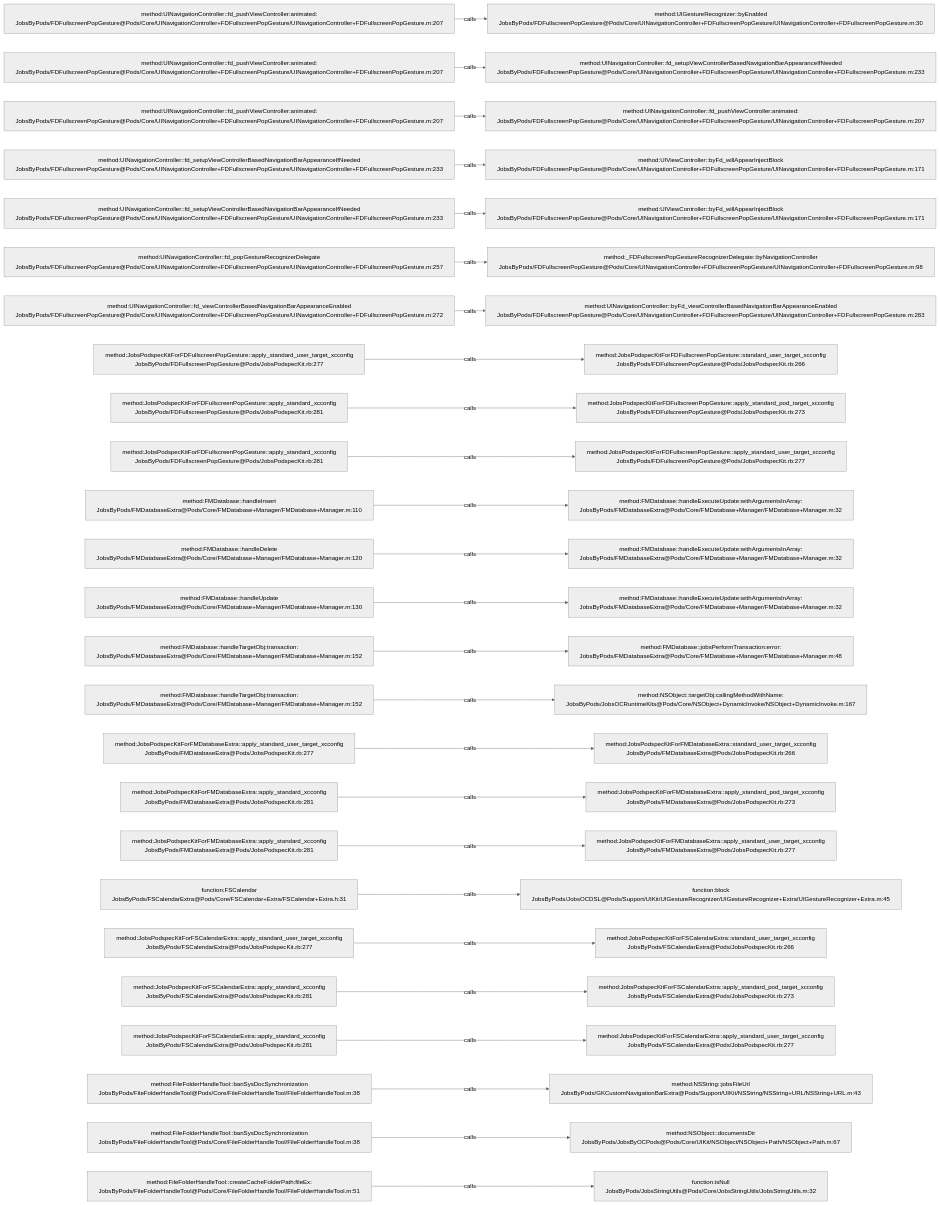
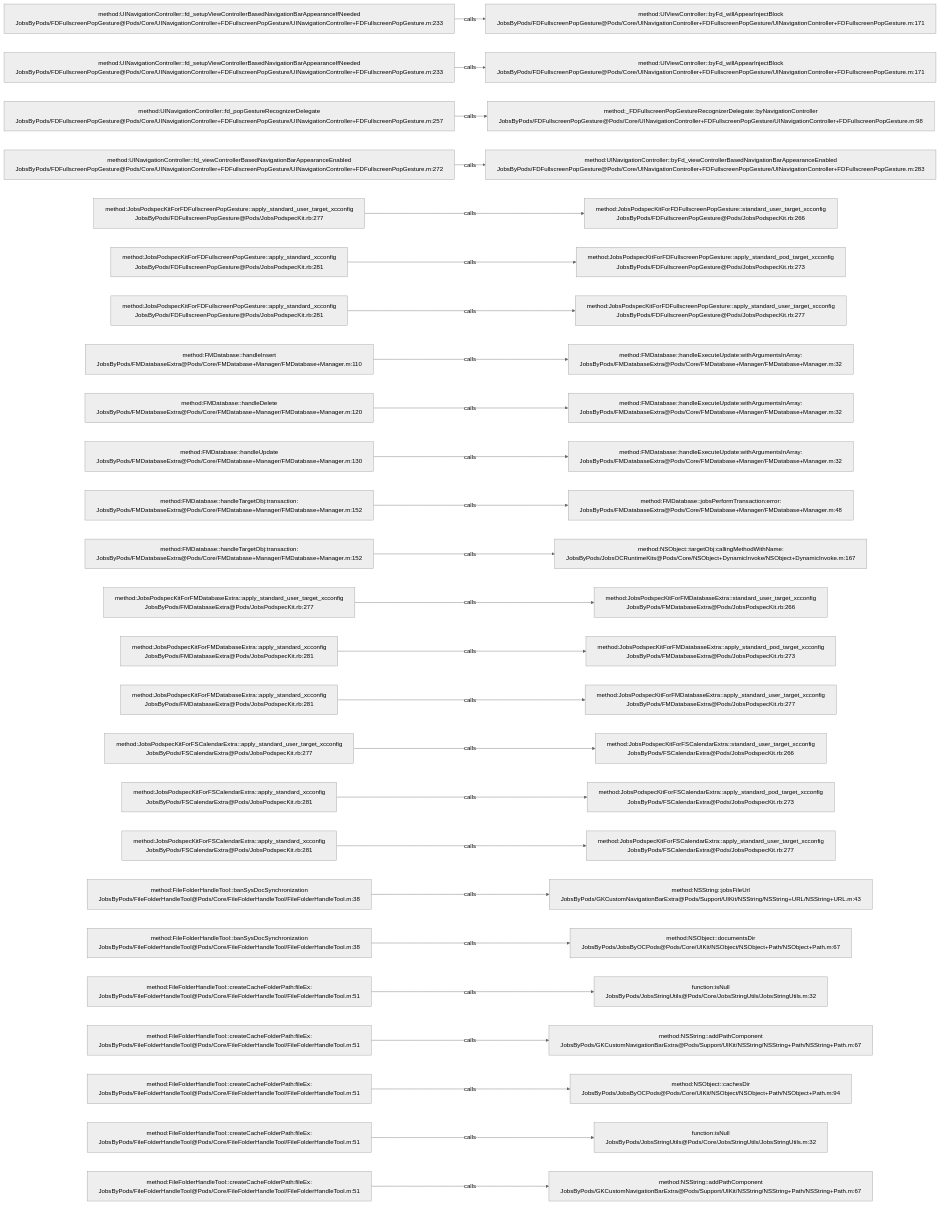
The diagram in .codegraph/codegraph.md/graphs/calls-004.md (JobsKits/JobsOCBaseConfigDemo), drawn with Mermaid (neutral theme) before and after one commit. The commit also changed 223 other files, not shown here.

````diff
--- a/.codegraph/codegraph.md/graphs/calls-004.md
+++ b/.codegraph/codegraph.md/graphs/calls-004.md
@@ -13,78 +13,78 @@
 ```mermaid
 flowchart LR
-  S1["method:UINavigationController::fd_pushViewController:animated:<br/>JobsByPods/FDFullscreenPopGesture@Pods/Core/UINavigationController+FDFullscreenPopGesture/UINavigationController+FDFullscreenPopGesture.m:207"]
-  T1["method:UIGestureRecognizer::byEnabled<br/>JobsByPods/FDFullscreenPopGesture@Pods/Core/UINavigationController+FDFullscreenPopGesture/UINavigationController+FDFullscreenPopGesture.m:30"]
+  S1["method:UINavigationController::fd_setupViewControllerBasedNavigationBarAppearanceIfNeeded<br/>JobsByPods/FDFullscreenPopGesture@Pods/Core/UINavigationController+FDFullscreenPopGesture/UINavigationController+FDFullscreenPopGesture.m:233"]
+  T1["method:UIViewController::byFd_willAppearInjectBlock<br/>JobsByPods/FDFullscreenPopGesture@Pods/Core/UINavigationController+FDFullscreenPopGesture/UINavigationController+FDFullscreenPopGesture.m:171"]
   S1 -->|calls| T1
-  S2["method:UINavigationController::fd_pushViewController:animated:<br/>JobsByPods/FDFullscreenPopGesture@Pods/Core/UINavigationController+FDFullscreenPopGesture/UINavigationController+FDFullscreenPopGesture.m:207"]
-  T2["method:UINavigationController::fd_setupViewControllerBasedNavigationBarAppearanceIfNeeded<br/>JobsByPods/FDFullscreenPopGesture@Pods/Core/UINavigationController+FDFullscreenPopGesture/UINavigationController+FDFullscreenPopGesture.m:233"]
+  S2["method:UINavigationController::fd_setupViewControllerBasedNavigationBarAppearanceIfNeeded<br/>JobsByPods/FDFullscreenPopGesture@Pods/Core/UINavigationController+FDFullscreenPopGesture/UINavigationController+FDFullscreenPopGesture.m:233"]
+  T2["method:UIViewController::byFd_willAppearInjectBlock<br/>JobsByPods/FDFullscreenPopGesture@Pods/Core/UINavigationController+FDFullscreenPopGesture/UINavigationController+FDFullscreenPopGesture.m:171"]
   S2 -->|calls| T2
-  S3["method:UINavigationController::fd_pushViewController:animated:<br/>JobsByPods/FDFullscreenPopGesture@Pods/Core/UINavigationController+FDFullscreenPopGesture/UINavigationController+FDFullscreenPopGesture.m:207"]
-  T3["method:UINavigationController::fd_pushViewController:animated:<br/>JobsByPods/FDFullscreenPopGesture@Pods/Core/UINavigationController+FDFullscreenPopGesture/UINavigationController+FDFullscreenPopGesture.m:207"]
+  S3["method:UINavigationController::fd_popGestureRecognizerDelegate<br/>JobsByPods/FDFullscreenPopGesture@Pods/Core/UINavigationController+FDFullscreenPopGesture/UINavigationController+FDFullscreenPopGesture.m:257"]
+  T3["method:_FDFullscreenPopGestureRecognizerDelegate::byNavigationController<br/>JobsByPods/FDFullscreenPopGesture@Pods/Core/UINavigationController+FDFullscreenPopGesture/UINavigationController+FDFullscreenPopGesture.m:98"]
   S3 -->|calls| T3
-  S4["method:UINavigationController::fd_setupViewControllerBasedNavigationBarAppearanceIfNeeded<br/>JobsByPods/FDFullscreenPopGesture@Pods/Core/UINavigationController+FDFullscreenPopGesture/UINavigationController+FDFullscreenPopGesture.m:233"]
-  T4["method:UIViewController::byFd_willAppearInjectBlock<br/>JobsByPods/FDFullscreenPopGesture@Pods/Core/UINavigationController+FDFullscreenPopGesture/UINavigationController+FDFullscreenPopGesture.m:171"]
+  S4["method:UINavigationController::fd_viewControllerBasedNavigationBarAppearanceEnabled<br/>JobsByPods/FDFullscreenPopGesture@Pods/Core/UINavigationController+FDFullscreenPopGesture/UINavigationController+FDFullscreenPopGesture.m:272"]
+  T4["method:UINavigationController::byFd_viewControllerBasedNavigationBarAppearanceEnabled<br/>JobsByPods/FDFullscreenPopGesture@Pods/Core/UINavigationController+FDFullscreenPopGesture/UINavigationController+FDFullscreenPopGesture.m:283"]
   S4 -->|calls| T4
-  S5["method:UINavigationController::fd_setupViewControllerBasedNavigationBarAppearanceIfNeeded<br/>JobsByPods/FDFullscreenPopGesture@Pods/Core/UINavigationController+FDFullscreenPopGesture/UINavigationController+FDFullscreenPopGesture.m:233"]
-  T5["method:UIViewController::byFd_willAppearInjectBlock<br/>JobsByPods/FDFullscreenPopGesture@Pods/Core/UINavigationController+FDFullscreenPopGesture/UINavigationController+FDFullscreenPopGesture.m:171"]
+  S5["method:JobsPodspecKitForFDFullscreenPopGesture::apply_standard_user_target_xcconfig<br/>JobsByPods/FDFullscreenPopGesture@Pods/JobsPodspecKit.rb:277"]
+  T5["method:JobsPodspecKitForFDFullscreenPopGesture::standard_user_target_xcconfig<br/>JobsByPods/FDFullscreenPopGesture@Pods/JobsPodspecKit.rb:266"]
   S5 -->|calls| T5
-  S6["method:UINavigationController::fd_popGestureRecognizerDelegate<br/>JobsByPods/FDFullscreenPopGesture@Pods/Core/UINavigationController+FDFullscreenPopGesture/UINavigationController+FDFullscreenPopGesture.m:257"]
-  T6["method:_FDFullscreenPopGestureRecognizerDelegate::byNavigationController<br/>JobsByPods/FDFullscreenPopGesture@Pods/Core/UINavigationController+FDFullscreenPopGesture/UINavigationController+FDFullscreenPopGesture.m:98"]
+  S6["method:JobsPodspecKitForFDFullscreenPopGesture::apply_standard_xcconfig<br/>JobsByPods/FDFullscreenPopGesture@Pods/JobsPodspecKit.rb:281"]
+  T6["method:JobsPodspecKitForFDFullscreenPopGesture::apply_standard_pod_target_xcconfig<br/>JobsByPods/FDFullscreenPopGesture@Pods/JobsPodspecKit.rb:273"]
   S6 -->|calls| T6
-  S7["method:UINavigationController::fd_viewControllerBasedNavigationBarAppearanceEnabled<br/>JobsByPods/FDFullscreenPopGesture@Pods/Core/UINavigationController+FDFullscreenPopGesture/UINavigationController+FDFullscreenPopGesture.m:272"]
-  T7["method:UINavigationController::byFd_viewControllerBasedNavigationBarAppearanceEnabled<br/>JobsByPods/FDFullscreenPopGesture@Pods/Core/UINavigationController+FDFullscreenPopGesture/UINavigationController+FDFullscreenPopGesture.m:283"]
+  S7["method:JobsPodspecKitForFDFullscreenPopGesture::apply_standard_xcconfig<br/>JobsByPods/FDFullscreenPopGesture@Pods/JobsPodspecKit.rb:281"]
+  T7["method:JobsPodspecKitForFDFullscreenPopGesture::apply_standard_user_target_xcconfig<br/>JobsByPods/FDFullscreenPopGesture@Pods/JobsPodspecKit.rb:277"]
   S7 -->|calls| T7
-  S8["method:JobsPodspecKitForFDFullscreenPopGesture::apply_standard_user_target_xcconfig<br/>JobsByPods/FDFullscreenPopGesture@Pods/JobsPodspecKit.rb:277"]
-  T8["method:JobsPodspecKitForFDFullscreenPopGesture::standard_user_target_xcconfig<br/>JobsByPods/FDFullscreenPopGesture@Pods/JobsPodspecKit.rb:266"]
+  S8["method:FMDatabase::handleInsert<br/>JobsByPods/FMDatabaseExtra@Pods/Core/FMDatabase+Manager/FMDatabase+Manager.m:110"]
+  T8["method:FMDatabase::handleExecuteUpdate:withArgumentsInArray:<br/>JobsByPods/FMDatabaseExtra@Pods/Core/FMDatabase+Manager/FMDatabase+Manager.m:32"]
   S8 -->|calls| T8
-  S9["method:JobsPodspecKitForFDFullscreenPopGesture::apply_standard_xcconfig<br/>JobsByPods/FDFullscreenPopGesture@Pods/JobsPodspecKit.rb:281"]
-  T9["method:JobsPodspecKitForFDFullscreenPopGesture::apply_standard_pod_target_xcconfig<br/>JobsByPods/FDFullscreenPopGesture@Pods/JobsPodspecKit.rb:273"]
+  S9["method:FMDatabase::handleDelete<br/>JobsByPods/FMDatabaseExtra@Pods/Core/FMDatabase+Manager/FMDatabase+Manager.m:120"]
+  T9["method:FMDatabase::handleExecuteUpdate:withArgumentsInArray:<br/>JobsByPods/FMDatabaseExtra@Pods/Core/FMDatabase+Manager/FMDatabase+Manager.m:32"]
   S9 -->|calls| T9
-  S10["method:JobsPodspecKitForFDFullscreenPopGesture::apply_standard_xcconfig<br/>JobsByPods/FDFullscreenPopGesture@Pods/JobsPodspecKit.rb:281"]
-  T10["method:JobsPodspecKitForFDFullscreenPopGesture::apply_standard_user_target_xcconfig<br/>JobsByPods/FDFullscreenPopGesture@Pods/JobsPodspecKit.rb:277"]
+  S10["method:FMDatabase::handleUpdate<br/>JobsByPods/FMDatabaseExtra@Pods/Core/FMDatabase+Manager/FMDatabase+Manager.m:130"]
+  T10["method:FMDatabase::handleExecuteUpdate:withArgumentsInArray:<br/>JobsByPods/FMDatabaseExtra@Pods/Core/FMDatabase+Manager/FMDatabase+Manager.m:32"]
   S10 -->|calls| T10
-  S11["method:FMDatabase::handleInsert<br/>JobsByPods/FMDatabaseExtra@Pods/Core/FMDatabase+Manager/FMDatabase+Manager.m:110"]
-  T11["method:FMDatabase::handleExecuteUpdate:withArgumentsInArray:<br/>JobsByPods/FMDatabaseExtra@Pods/Core/FMDatabase+Manager/FMDatabase+Manager.m:32"]
+  S11["method:FMDatabase::handleTargetObj:transaction:<br/>JobsByPods/FMDatabaseExtra@Pods/Core/FMDatabase+Manager/FMDatabase+Manager.m:152"]
+  T11["method:FMDatabase::jobsPerformTransaction:error:<br/>JobsByPods/FMDatabaseExtra@Pods/Core/FMDatabase+Manager/FMDatabase+Manager.m:48"]
   S11 -->|calls| T11
-  S12["method:FMDatabase::handleDelete<br/>JobsByPods/FMDatabaseExtra@Pods/Core/FMDatabase+Manager/FMDatabase+Manager.m:120"]
-  T12["method:FMDatabase::handleExecuteUpdate:withArgumentsInArray:<br/>JobsByPods/FMDatabaseExtra@Pods/Core/FMDatabase+Manager/FMDatabase+Manager.m:32"]
+  S12["method:FMDatabase::handleTargetObj:transaction:<br/>JobsByPods/FMDatabaseExtra@Pods/Core/FMDatabase+Manager/FMDatabase+Manager.m:152"]
+  T12["method:NSObject::targetObj:callingMethodWithName:<br/>JobsByPods/JobsOCRuntimeKits@Pods/Core/NSObject+DynamicInvoke/NSObject+DynamicInvoke.m:167"]
   S12 -->|calls| T12
-  S13["method:FMDatabase::handleUpdate<br/>JobsByPods/FMDatabaseExtra@Pods/Core/FMDatabase+Manager/FMDatabase+Manager.m:130"]
-  T13["method:FMDatabase::handleExecuteUpdate:withArgumentsInArray:<br/>JobsByPods/FMDatabaseExtra@Pods/Core/FMDatabase+Manager/FMDatabase+Manager.m:32"]
+  S13["method:JobsPodspecKitForFMDatabaseExtra::apply_standard_user_target_xcconfig<br/>JobsByPods/FMDatabaseExtra@Pods/JobsPodspecKit.rb:277"]
+  T13["method:JobsPodspecKitForFMDatabaseExtra::standard_user_target_xcconfig<br/>JobsByPods/FMDatabaseExtra@Pods/JobsPodspecKit.rb:266"]
   S13 -->|calls| T13
-  S14["method:FMDatabase::handleTargetObj:transaction:<br/>JobsByPods/FMDatabaseExtra@Pods/Core/FMDatabase+Manager/FMDatabase+Manager.m:152"]
-  T14["method:FMDatabase::jobsPerformTransaction:error:<br/>JobsByPods/FMDatabaseExtra@Pods/Core/FMDatabase+Manager/FMDatabase+Manager.m:48"]
+  S14["method:JobsPodspecKitForFMDatabaseExtra::apply_standard_xcconfig<br/>JobsByPods/FMDatabaseExtra@Pods/JobsPodspecKit.rb:281"]
+  T14["method:JobsPodspecKitForFMDatabaseExtra::apply_standard_pod_target_xcconfig<br/>JobsByPods/FMDatabaseExtra@Pods/JobsPodspecKit.rb:273"]
   S14 -->|calls| T14
-  S15["method:FMDatabase::handleTargetObj:transaction:<br/>JobsByPods/FMDatabaseExtra@Pods/Core/FMDatabase+Manager/FMDatabase+Manager.m:152"]
-  T15["method:NSObject::targetObj:callingMethodWithName:<br/>JobsByPods/JobsOCRuntimeKits@Pods/Core/NSObject+DynamicInvoke/NSObject+DynamicInvoke.m:167"]
+  S15["method:JobsPodspecKitForFMDatabaseExtra::apply_standard_xcconfig<br/>JobsByPods/FMDatabaseExtra@Pods/JobsPodspecKit.rb:281"]
+  T15["method:JobsPodspecKitForFMDatabaseExtra::apply_standard_user_target_xcconfig<br/>JobsByPods/FMDatabaseExtra@Pods/JobsPodspecKit.rb:277"]
   S15 -->|calls| T15
-  S16["method:JobsPodspecKitForFMDatabaseExtra::apply_standard_user_target_xcconfig<br/>JobsByPods/FMDatabaseExtra@Pods/JobsPodspecKit.rb:277"]
-  T16["method:JobsPodspecKitForFMDatabaseExtra::standard_user_target_xcconfig<br/>JobsByPods/FMDatabaseExtra@Pods/JobsPodspecKit.rb:266"]
+  S16["method:JobsPodspecKitForFSCalendarExtra::apply_standard_user_target_xcconfig<br/>JobsByPods/FSCalendarExtra@Pods/JobsPodspecKit.rb:277"]
+  T16["method:JobsPodspecKitForFSCalendarExtra::standard_user_target_xcconfig<br/>JobsByPods/FSCalendarExtra@Pods/JobsPodspecKit.rb:266"]
   S16 -->|calls| T16
-  S17["method:JobsPodspecKitForFMDatabaseExtra::apply_standard_xcconfig<br/>JobsByPods/FMDatabaseExtra@Pods/JobsPodspecKit.rb:281"]
-  T17["method:JobsPodspecKitForFMDatabaseExtra::apply_standard_pod_target_xcconfig<br/>JobsByPods/FMDatabaseExtra@Pods/JobsPodspecKit.rb:273"]
+  S17["method:JobsPodspecKitForFSCalendarExtra::apply_standard_xcconfig<br/>JobsByPods/FSCalendarExtra@Pods/JobsPodspecKit.rb:281"]
+  T17["method:JobsPodspecKitForFSCalendarExtra::apply_standard_pod_target_xcconfig<br/>JobsByPods/FSCalendarExtra@Pods/JobsPodspecKit.rb:273"]
   S17 -->|calls| T17
-  S18["method:JobsPodspecKitForFMDatabaseExtra::apply_standard_xcconfig<br/>JobsByPods/FMDatabaseExtra@Pods/JobsPodspecKit.rb:281"]
-  T18["method:JobsPodspecKitForFMDatabaseExtra::apply_standard_user_target_xcconfig<br/>JobsByPods/FMDatabaseExtra@Pods/JobsPodspecKit.rb:277"]
+  S18["method:JobsPodspecKitForFSCalendarExtra::apply_standard_xcconfig<br/>JobsByPods/FSCalendarExtra@Pods/JobsPodspecKit.rb:281"]
+  T18["method:JobsPodspecKitForFSCalendarExtra::apply_standard_user_target_xcconfig<br/>JobsByPods/FSCalendarExtra@Pods/JobsPodspecKit.rb:277"]
   S18 -->|calls| T18
-  S19["function:FSCalendar<br/>JobsByPods/FSCalendarExtra@Pods/Core/FSCalendar+Extra/FSCalendar+Extra.h:31"]
-  T19["function:block<br/>JobsByPods/JobsOCDSL@Pods/Support/UIKit/UIGestureRecognizer/UIGestureRecognizer+Extra/UIGestureRecognizer+Extra.m:45"]
+  S19["method:FileFolderHandleTool::banSysDocSynchronization<br/>JobsByPods/FileFolderHandleTool@Pods/Core/FileFolderHandleTool/FileFolderHandleTool.m:38"]
+  T19["method:NSString::jobsFileUrl<br/>JobsByPods/GKCustomNavigationBarExtra@Pods/Support/UIKit/NSString/NSString+URL/NSString+URL.m:43"]
   S19 -->|calls| T19
-  S20["method:JobsPodspecKitForFSCalendarExtra::apply_standard_user_target_xcconfig<br/>JobsByPods/FSCalendarExtra@Pods/JobsPodspecKit.rb:277"]
-  T20["method:JobsPodspecKitForFSCalendarExtra::standard_user_target_xcconfig<br/>JobsByPods/FSCalendarExtra@Pods/JobsPodspecKit.rb:266"]
+  S20["method:FileFolderHandleTool::banSysDocSynchronization<br/>JobsByPods/FileFolderHandleTool@Pods/Core/FileFolderHandleTool/FileFolderHandleTool.m:38"]
+  T20["method:NSObject::documentsDir<br/>JobsByPods/JobsByOCPods@Pods/Core/UIKit/NSObject/NSObject+Path/NSObject+Path.m:67"]
   S20 -->|calls| T20
-  S21["method:JobsPodspecKitForFSCalendarExtra::apply_standard_xcconfig<br/>JobsByPods/FSCalendarExtra@Pods/JobsPodspecKit.rb:281"]
-  T21["method:JobsPodspecKitForFSCalendarExtra::apply_standard_pod_target_xcconfig<br/>JobsByPods/FSCalendarExtra@Pods/JobsPodspecKit.rb:273"]
+  S21["method:FileFolderHandleTool::createCacheFolderPath:fileEx:<br/>JobsByPods/FileFolderHandleTool@Pods/Core/FileFolderHandleTool/FileFolderHandleTool.m:51"]
+  T21["function:isNull<br/>JobsByPods/JobsStringUtils@Pods/Core/JobsStringUtils/JobsStringUtils.m:32"]
   S21 -->|calls| T21
-  S22["method:JobsPodspecKitForFSCalendarExtra::apply_standard_xcconfig<br/>JobsByPods/FSCalendarExtra@Pods/JobsPodspecKit.rb:281"]
-  T22["method:JobsPodspecKitForFSCalendarExtra::apply_standard_user_target_xcconfig<br/>JobsByPods/FSCalendarExtra@Pods/JobsPodspecKit.rb:277"]
+  S22["method:FileFolderHandleTool::createCacheFolderPath:fileEx:<br/>JobsByPods/FileFolderHandleTool@Pods/Core/FileFolderHandleTool/FileFolderHandleTool.m:51"]
+  T22["method:NSString::addPathComponent<br/>JobsByPods/GKCustomNavigationBarExtra@Pods/Support/UIKit/NSString/NSString+Path/NSString+Path.m:67"]
   S22 -->|calls| T22
-  S23["method:FileFolderHandleTool::banSysDocSynchronization<br/>JobsByPods/FileFolderHandleTool@Pods/Core/FileFolderHandleTool/FileFolderHandleTool.m:38"]
-  T23["method:NSString::jobsFileUrl<br/>JobsByPods/GKCustomNavigationBarExtra@Pods/Support/UIKit/NSString/NSString+URL/NSString+URL.m:43"]
+  S23["method:FileFolderHandleTool::createCacheFolderPath:fileEx:<br/>JobsByPods/FileFolderHandleTool@Pods/Core/FileFolderHandleTool/FileFolderHandleTool.m:51"]
+  T23["method:NSObject::cachesDir<br/>JobsByPods/JobsByOCPods@Pods/Core/UIKit/NSObject/NSObject+Path/NSObject+Path.m:94"]
   S23 -->|calls| T23
-  S24["method:FileFolderHandleTool::banSysDocSynchronization<br/>JobsByPods/FileFolderHandleTool@Pods/Core/FileFolderHandleTool/FileFolderHandleTool.m:38"]
-  T24["method:NSObject::documentsDir<br/>JobsByPods/JobsByOCPods@Pods/Core/UIKit/NSObject/NSObject+Path/NSObject+Path.m:67"]
+  S24["method:FileFolderHandleTool::createCacheFolderPath:fileEx:<br/>JobsByPods/FileFolderHandleTool@Pods/Core/FileFolderHandleTool/FileFolderHandleTool.m:51"]
+  T24["function:isNull<br/>JobsByPods/JobsStringUtils@Pods/Core/JobsStringUtils/JobsStringUtils.m:32"]
   S24 -->|calls| T24
   S25["method:FileFolderHandleTool::createCacheFolderPath:fileEx:<br/>JobsByPods/FileFolderHandleTool@Pods/Core/FileFolderHandleTool/FileFolderHandleTool.m:51"]
-  T25["function:isNull<br/>JobsByPods/JobsStringUtils@Pods/Core/JobsStringUtils/JobsStringUtils.m:32"]
+  T25["method:NSString::addPathComponent<br/>JobsByPods/GKCustomNavigationBarExtra@Pods/Support/UIKit/NSString/NSString+Path/NSString+Path.m:67"]
   S25 -->|calls| T25
 ```
````
